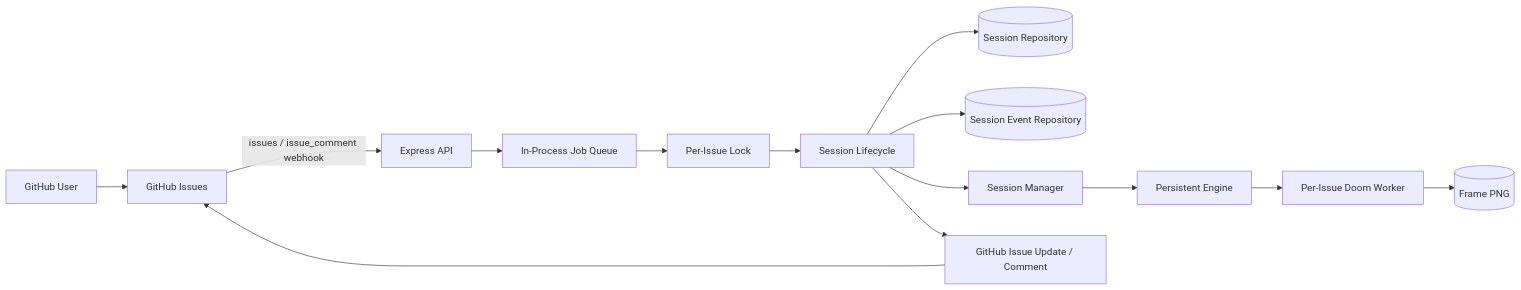
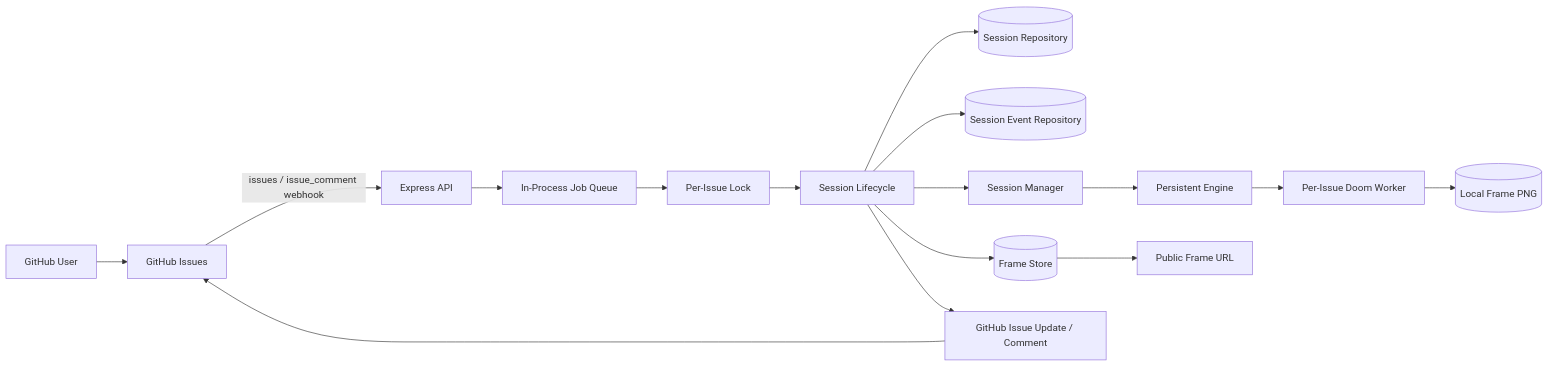
Before and after one commit to FirePheonix/doom-on-github-issues: the first of 2 diagrams in documentation/v3-release-notes/system.md, drawn with Mermaid. The commit also changed other lines of this file and 19 other files, not shown here.

Commit message:
Add first-class S3 frame store support

````diff
--- a/documentation/v3-release-notes/system.md
+++ b/documentation/v3-release-notes/system.md
@@ -10,16 +10,18 @@
 ```mermaid
 flowchart LR
   U[GitHub User] --> GH[GitHub Issues]
   GH -->|issues / issue_comment webhook| API[Express API]
   API --> Q[In-Process Job Queue]
   Q --> L[Per-Issue Lock]
   L --> LC[Session Lifecycle]
   LC --> SR[(Session Repository)]
   LC --> ER[(Session Event Repository)]
+  LC --> FS[(Frame Store)]
   LC --> SM[Session Manager]
   SM --> ENG[Persistent Engine]
   ENG --> W[Per-Issue Doom Worker]
-  W --> F[(Frame PNG)]
+  W --> F[(Local Frame PNG)]
+  FS --> PUB[Public Frame URL]
   LC --> GHU[GitHub Issue Update / Comment]
   GHU --> GH
 ```
````
